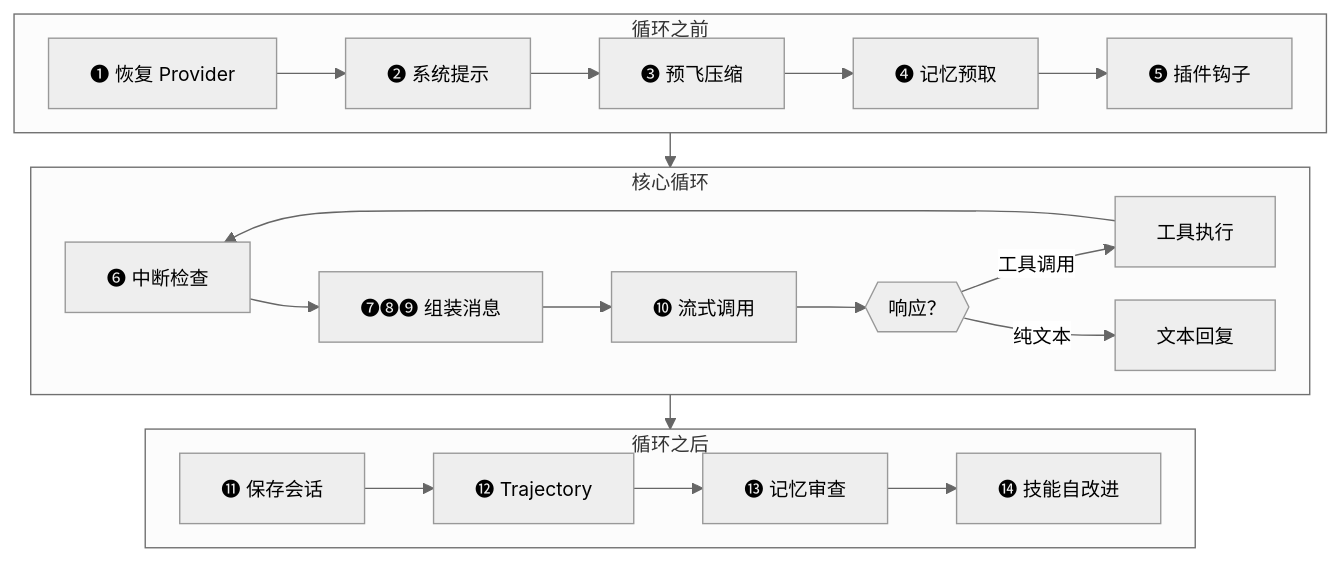
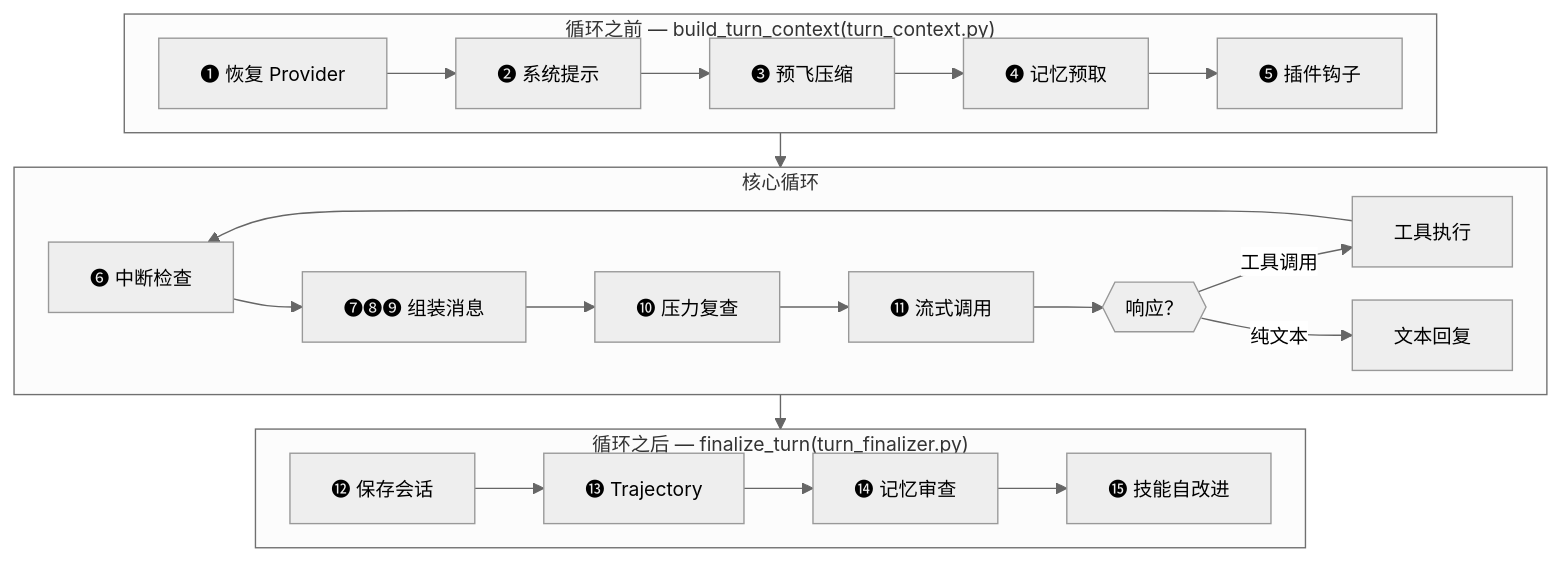
Before and after one commit to fang-lin/hermes-agent-code-analysis: the third of 11 diagrams in docs/zh/02-Agent核心.md, drawn with Mermaid. The commit also changed other lines of this file and 3 other files, not shown here.

````diff
--- a/docs/zh/02-Agent核心.md
+++ b/docs/zh/02-Agent核心.md
@@ -143,21 +155,21 @@
 ```mermaid
 %%{init: {"theme": "neutral", "themeVariables": {"fontSize": "14px"}, "flowchart": {"nodeSpacing": 15, "rankSpacing": 25}}}%%
 flowchart TD
-    subgraph BEFORE ["循环之前"]
+    subgraph BEFORE ["循环之前 — build_turn_context#40;turn_context.py#41;"]
         direction LR
         B1["❶ 恢复 Provider"] --> B2["❷ 系统提示"] --> B3["❸ 预飞压缩"] --> B4["❹ 记忆预取"] --> B5["❺ 插件钩子"]
     end
 
     subgraph LOOP ["核心循环"]
-        L1["❻ 中断检查"] --> L2["❼❽❾ 组装消息"] --> L5["❿ 流式调用"] --> L6{{"响应？"}}
+        L1["❻ 中断检查"] --> L2["❼❽❾ 组装消息"] --> L45["❿ 压力复查"] --> L5["⓫ 流式调用"] --> L6{{"响应？"}}
         L6 -->|工具调用| L7["工具执行"] --> L1
         L6 -->|纯文本| L8["文本回复"]
     end
 
-    subgraph AFTER ["循环之后"]
+    subgraph AFTER ["循环之后 — finalize_turn#40;turn_finalizer.py#41;"]
         direction LR
-        A1["⓫ 保存会话"] --> A2["⓬ Trajectory"] --> A3["⓭ 记忆审查"] --> A4["⓮ 技能自改进"]
+        A1["⓬ 保存会话"] --> A2["⓭ Trajectory"] --> A3["⓮ 记忆审查"] --> A4["⓯ 技能自改进"]
     end
 
     BEFORE --> LOOP --> AFTER
 ```
````
